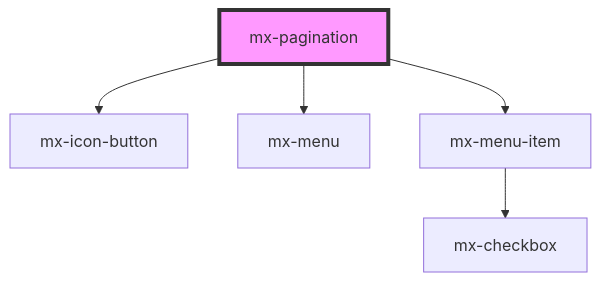
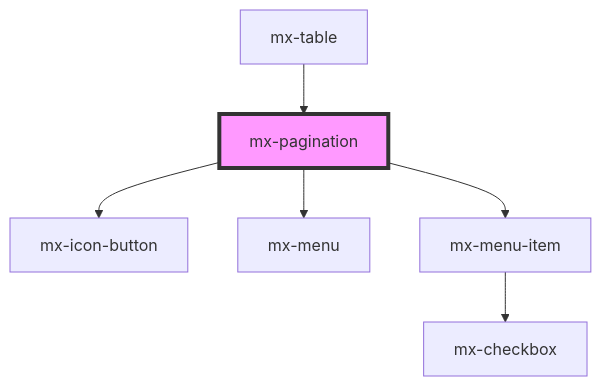
The diagram in src/components/mx-pagination/readme.md (kevinleedrum/mds), drawn with Mermaid before and after one commit. The commit also changed other lines of this file and 448 other files, not shown here.

````diff
--- a/src/components/mx-pagination/readme.md
+++ b/src/components/mx-pagination/readme.md
@@ -37,8 +41,9 @@
 ```mermaid
 graph TD;
   mx-pagination --> mx-icon-button
   mx-pagination --> mx-menu
   mx-pagination --> mx-menu-item
   mx-menu-item --> mx-checkbox
+  mx-table --> mx-pagination
   style mx-pagination fill:#f9f,stroke:#333,stroke-width:4px
 ```
````
